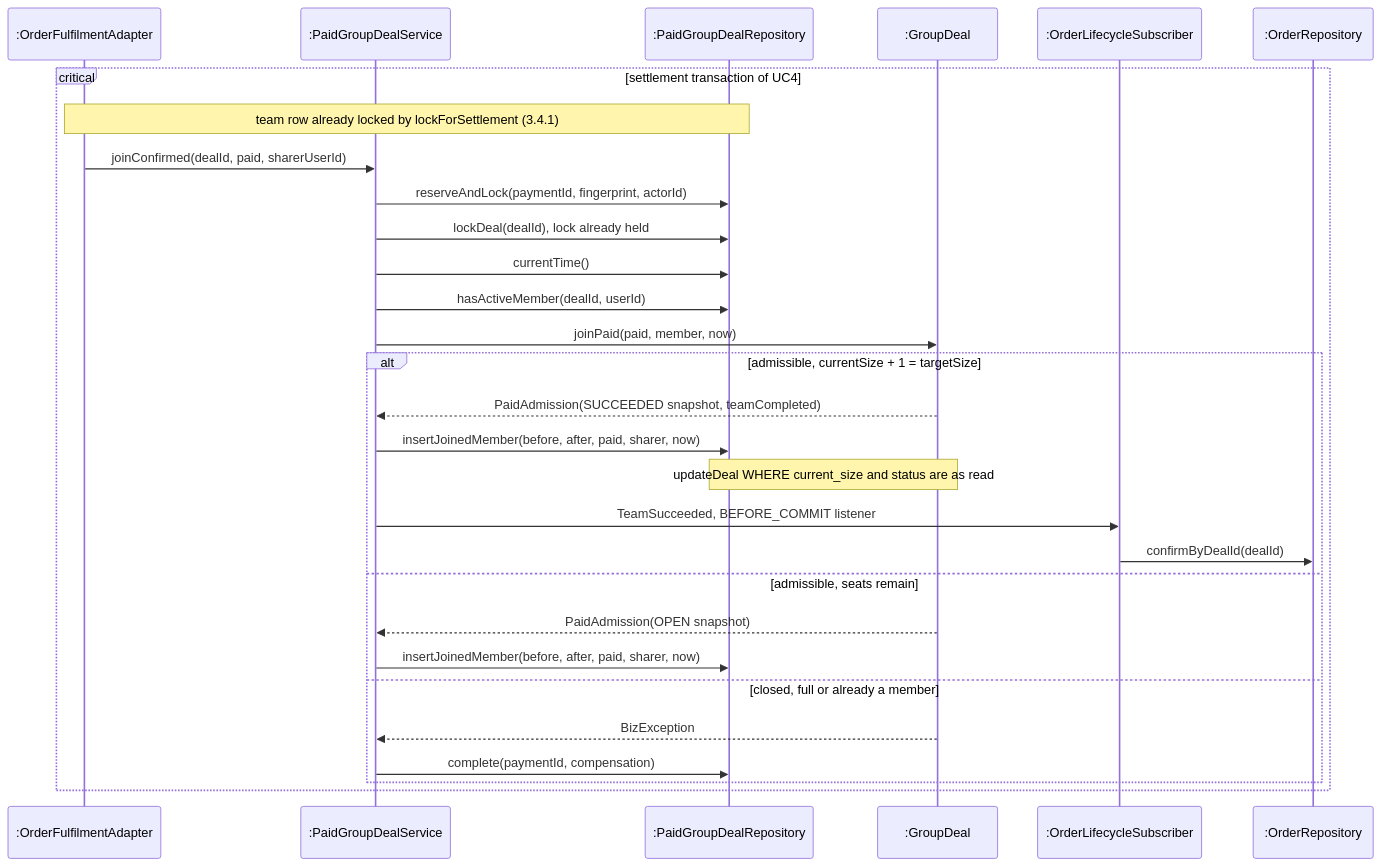
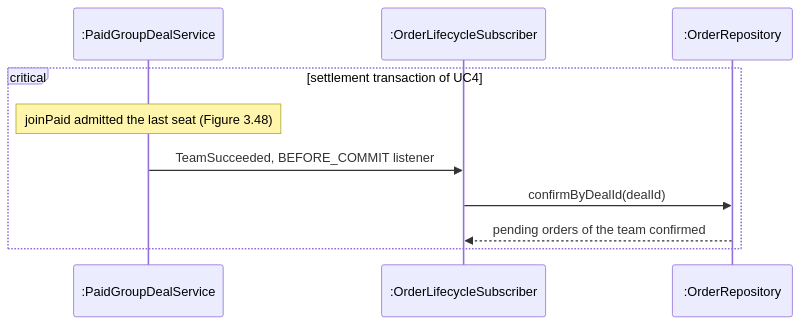
One commit to PPsyrius/iss-groupbuy-team8 changed diagram 16 of 17 in docs/swe5006/report/sections/03-4-5-liu-jin.md. Above: the diagram before and after it, drawn with Mermaid. The commit also changed other lines of this file, not shown here.

````diff
--- a/docs/swe5006/report/sections/03-4-5-liu-jin.md
+++ b/docs/swe5006/report/sections/03-4-5-liu-jin.md
@@ -833,31 +795,12 @@
 ```mermaid
 sequenceDiagram
-    participant F as :OrderFulfilmentAdapter
     participant S as :PaidGroupDealService
-    participant R as :PaidGroupDealRepository
-    participant G as :GroupDeal
     participant O as :OrderLifecycleSubscriber
     participant Y as :OrderRepository
     critical settlement transaction of UC4
-        Note over F,R: team row already locked by lockForSettlement (3.4.1)
-        F->>S: joinConfirmed(dealId, paid, sharerUserId)
-        S->>R: reserveAndLock(paymentId, fingerprint, actorId)
-        S->>R: lockDeal(dealId), lock already held
-        S->>R: currentTime()
-        S->>R: hasActiveMember(dealId, userId)
-        S->>G: joinPaid(paid, member, now)
-        alt admissible, currentSize + 1 = targetSize
-            G-->>S: PaidAdmission(SUCCEEDED snapshot, teamCompleted)
-            S->>R: insertJoinedMember(before, after, paid, sharer, now)
-            Note over R,G: updateDeal WHERE current_size and status are as read
-            S->>O: TeamSucceeded, BEFORE_COMMIT listener
-            O->>Y: confirmByDealId(dealId)
-        else admissible, seats remain
-            G-->>S: PaidAdmission(OPEN snapshot)
-            S->>R: insertJoinedMember(before, after, paid, sharer, now)
-        else closed, full or already a member
-            G-->>S: BizException
-            S->>R: complete(paymentId, compensation)
-        end
+        Note over S: joinPaid admitted the last seat (Figure 3.48)
+        S->>O: TeamSucceeded, BEFORE_COMMIT listener
+        O->>Y: confirmByDealId(dealId)
+        Y-->>O: pending orders of the team confirmed
     end
 ```
````
